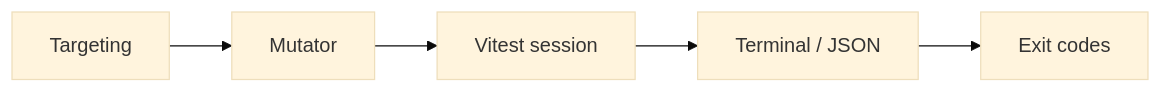
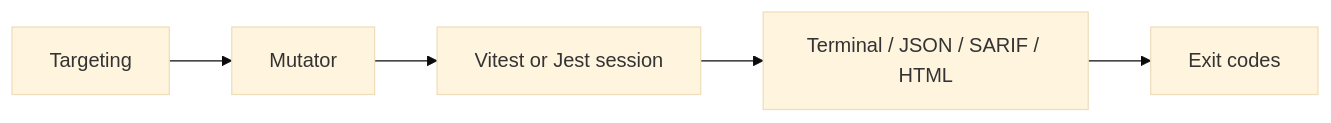
The fifth of 7 diagrams in PRODUCT.md (RexySaragih/puca), drawn with Mermaid (base theme) before and after one commit. The commit also changed other lines of this file and 48 other files, not shown here.

````diff
--- a/PRODUCT.md
+++ b/PRODUCT.md
@@ -91,7 +132,7 @@
 ```mermaid
 flowchart LR
   Target[Targeting] --> Mutate[Mutator]
-  Mutate --> Session[Vitest session]
-  Session --> Report[Terminal / JSON]
+  Mutate --> Session[Vitest or Jest session]
+  Session --> Report[Terminal / JSON / SARIF / HTML]
   Report --> Exit[Exit codes]
 ```
````
